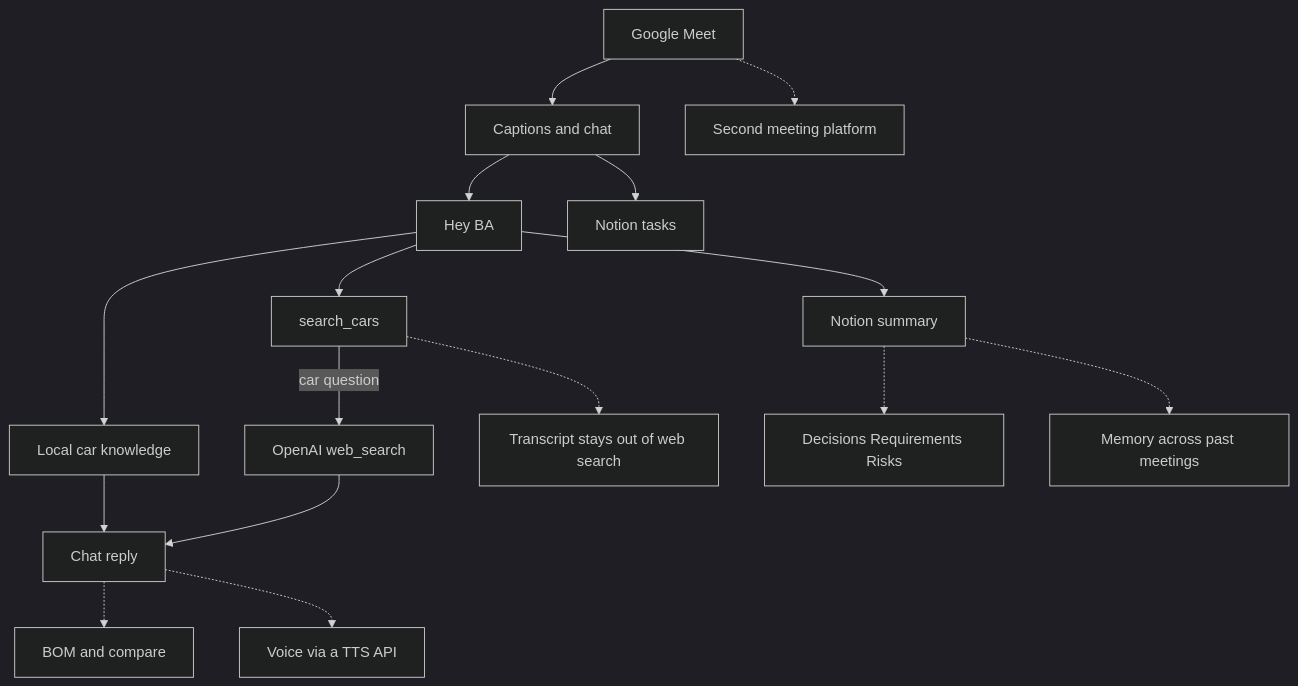
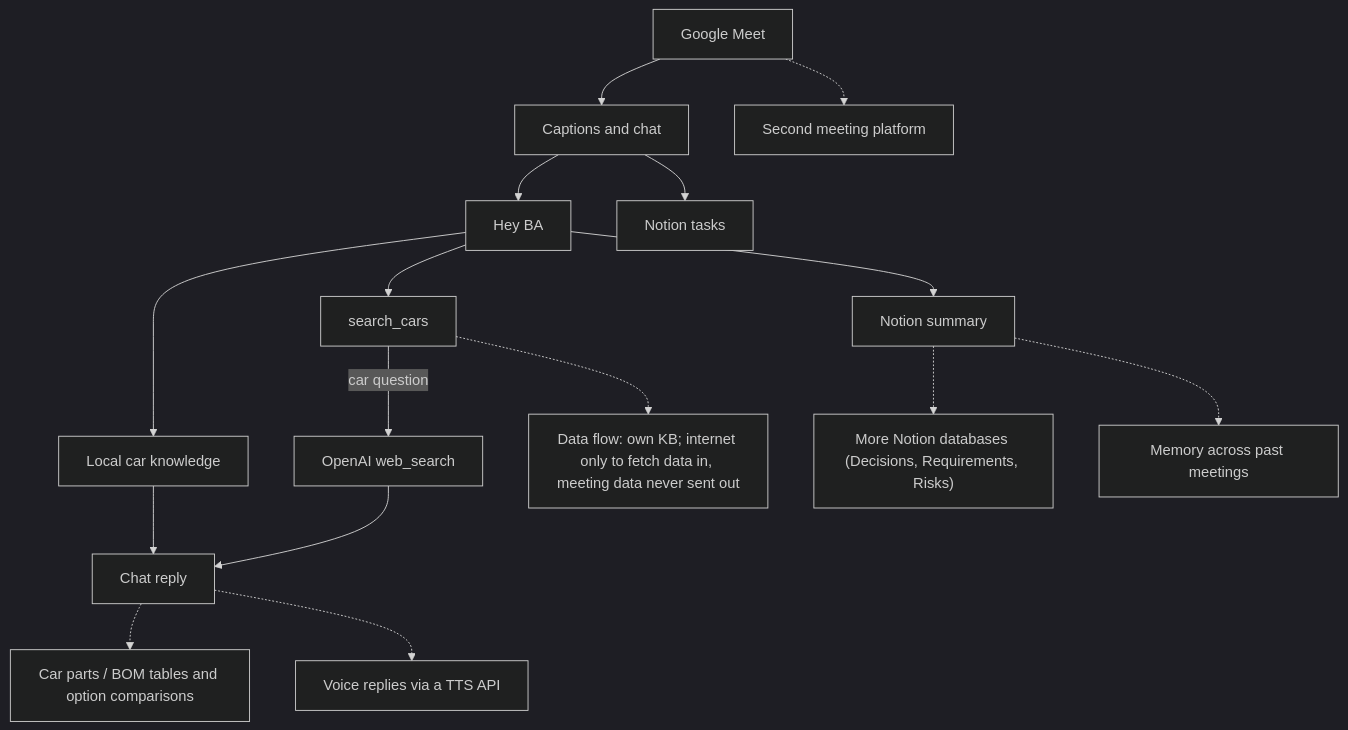
Before and after one commit to Ali-Aizaz/ba-meeting-agent: the diagram in README.md, drawn with Mermaid (dark theme). The commit also changed 25 other files, not shown here.

````diff
--- a/README.md
+++ b/README.md
@@ -11,33 +11,33 @@
 ```mermaid
 flowchart TD
   meet[Google Meet]
   captions[Captions and chat]
   wake[Hey BA]
   knowledge[Local car knowledge]
   searchCars[search_cars]
   openai[OpenAI web_search]
   reply[Chat reply]
   summaryPage[Notion summary]
   taskDb[Notion tasks]
   meet --> captions
   captions --> wake
   wake --> knowledge
   knowledge --> reply
   wake --> searchCars
   searchCars -->|car question| openai
   openai --> reply
   captions --> taskDb
   wake --> summaryPage
-  decisions[Decisions Requirements Risks]
-  bom[BOM and compare]
-  platform[Second meeting platform]
-  voice[Voice via a TTS API]
-  memory[Memory across past meetings]
-  dataflow[Transcript stays out of web search]
+  decisions["More Notion databases (Decisions, Requirements, Risks)"]
+  bom["Car parts / BOM tables and option comparisons"]
+  platform["Second meeting platform"]
+  voice["Voice replies via a TTS API"]
+  memory["Memory across past meetings"]
+  dataflow["Data flow: own KB; internet only to fetch data in, meeting data never sent out"]
   summaryPage -.-> decisions
   reply -.-> bom
   meet -.-> platform
   reply -.-> voice
   summaryPage -.-> memory
   searchCars -.-> dataflow
 ```
````
